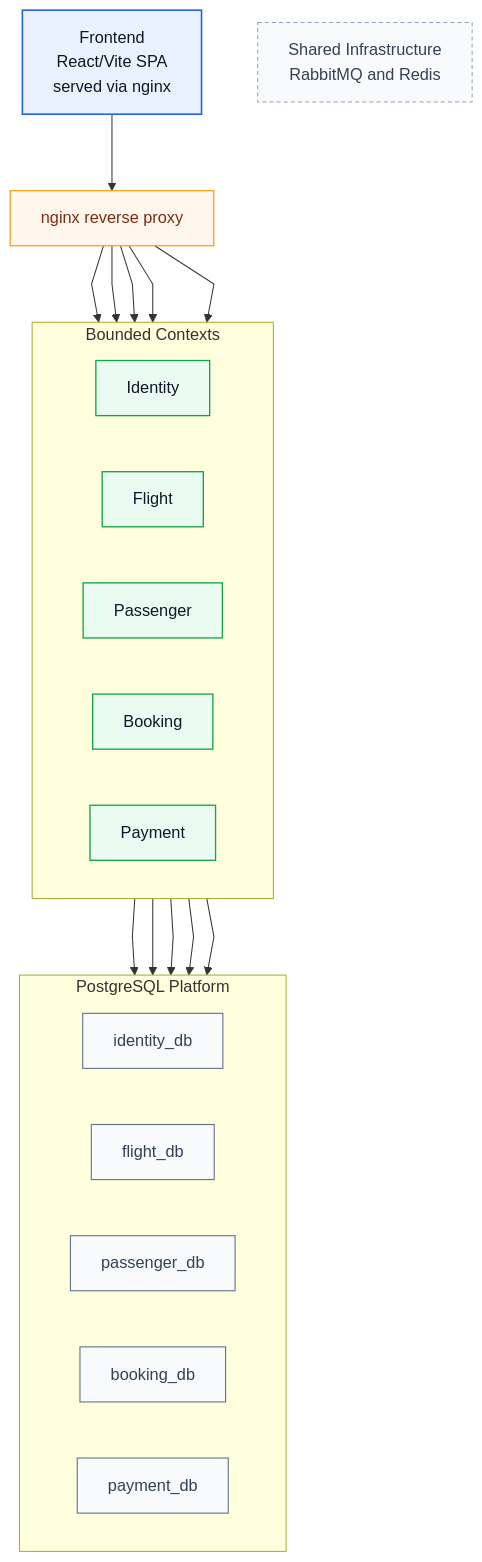
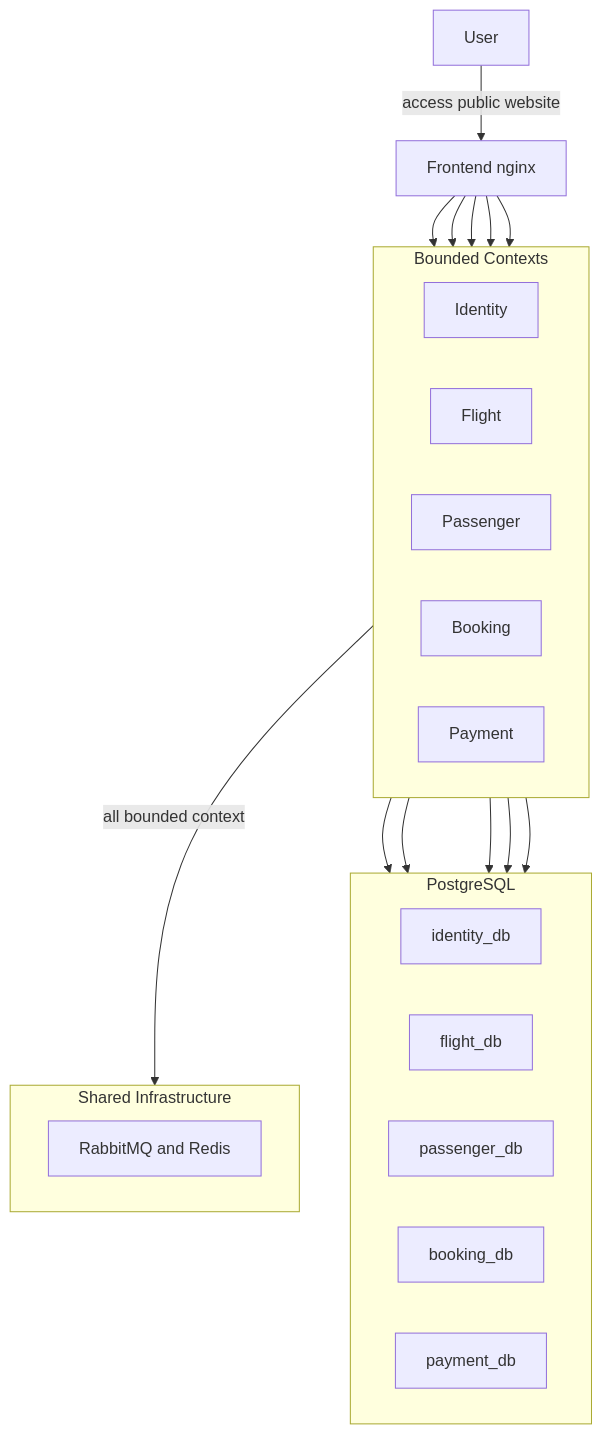
The diagram in docs/03-architecture.md (phucttg/travel_booking_microservice), drawn with Mermaid before and after one commit. The commit also changed other lines of this file and 3 other files, not shown here.

````diff
--- a/docs/03-architecture.md
+++ b/docs/03-architecture.md
@@ -15,52 +15,43 @@
 ```mermaid
-%%{init: {'flowchart': {'curve': 'linear', 'nodeSpacing': 55, 'rankSpacing': 75}}}%%
 flowchart TB
-    FE["Frontend<br/>React/Vite SPA<br/>served via nginx"]
-    API["nginx reverse proxy"]
+    U["User"]
+    FE["Frontend nginx"]
 
     subgraph BC["Bounded Contexts"]
         direction LR
         ID["Identity"]
         FL["Flight"]
         PA["Passenger"]
         BO["Booking"]
         PY["Payment"]
     end
 
-    subgraph DATA["PostgreSQL Platform"]
+    subgraph INFRA["Shared Infrastructure"]
+        MQ["RabbitMQ and Redis"]
+    end
+
+    subgraph DB["PostgreSQL"]
         direction LR
         IDDB["identity_db"]
         FLDB["flight_db"]
         PADB["passenger_db"]
         BODB["booking_db"]
         PYDB["payment_db"]
     end
 
-    SI["Shared Infrastructure<br/>RabbitMQ and Redis"]
+    U -->|access public website| FE
 
-    FE --> API
-
-    API --> ID
-    API --> FL
-    API --> PA
-    API --> BO
-    API --> PY
+    FE --> ID
+    FE --> FL
+    FE --> PA
+    FE --> BO
+    FE --> PY
 
     ID --> IDDB
     FL --> FLDB
     PA --> PADB
     BO --> BODB
     PY --> PYDB
 
-    classDef frontend fill:#EAF2FF,stroke:#2563EB,stroke-width:1.6px,color:#0F172A
-    classDef access fill:#FFF7ED,stroke:#F59E0B,stroke-width:1.2px,color:#7C2D12
-    classDef service fill:#EAFBF1,stroke:#16A34A,stroke-width:1.3px,color:#0F172A
-    classDef data fill:#F8FAFC,stroke:#64748B,stroke-width:1.1px,color:#334155
-    classDef infra fill:#F8FAFC,stroke:#94A3B8,stroke-width:1px,stroke-dasharray: 4 3,color:#334155
-
-    class FE frontend
-    class API access
-    class ID,FL,PA,BO,PY service
-    class IDDB,FLDB,PADB,BODB,PYDB data
-    class SI infra
+    BC -->|all bounded context| INFRA
 ```
````
